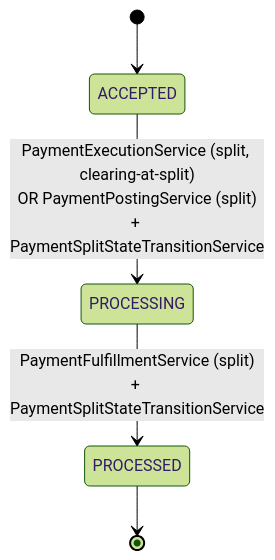
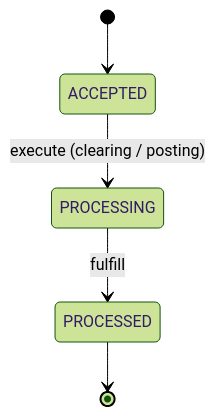
One commit to arunav-bhattacharya/billpay-docs changed the fourth of 11 diagrams in docs/diagrams/state-diagrams.md. Above: the diagram before and after it, drawn with Mermaid (forest theme). The commit also changed other lines of this file and 4 other files, not shown here.

Commit message:
Enhance Mermaid diagram styling and configuration for JetBrains Mono font

````diff
--- a/docs/diagrams/state-diagrams.md
+++ b/docs/diagrams/state-diagrams.md
@@ -74,7 +99,7 @@
 ```mermaid
 stateDiagram-v2
   [*] --> ACCEPTED
-  ACCEPTED --> PROCESSING: PaymentExecutionService (split, clearing-at-split)<br/>OR PaymentPostingService (split)<br/>+ PaymentSplitStateTransitionService
-  PROCESSING --> PROCESSED: PaymentFulfillmentService (split)<br/>+ PaymentSplitStateTransitionService
+  ACCEPTED --> PROCESSING: execute (clearing / posting)
+  PROCESSING --> PROCESSED: fulfill
   PROCESSED --> [*]
 ```
````
